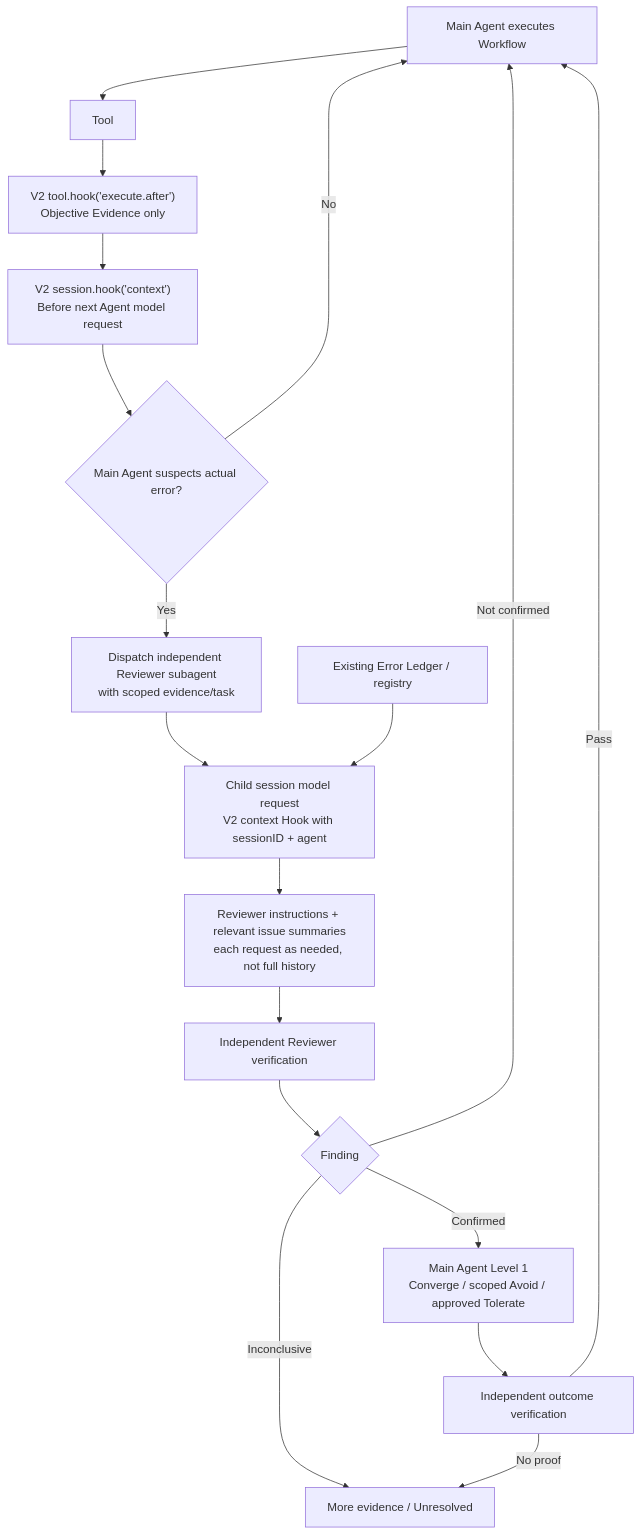
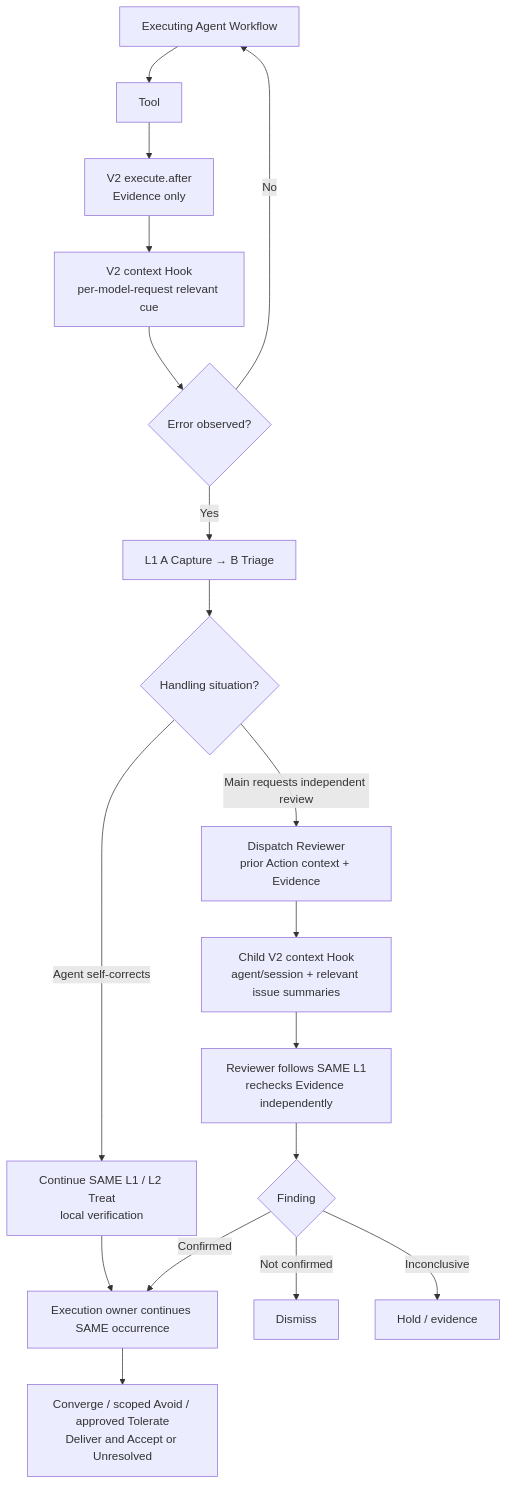
One commit to dyphn1/Harness-everything changed the fourth of 4 diagrams in docs/discussions/error-hook-framework/hosts.md. Above: the diagram before and after it, drawn with Mermaid. The commit also changed other lines of this file, not shown here.

Commit message:
docs(hooks): align host diagrams with self-correction and same-L1 reviewer context handoff (#439)

````diff
--- a/docs/discussions/error-hook-framework/hosts.md
+++ b/docs/discussions/error-hook-framework/hosts.md
@@ -110,20 +116,20 @@
 ```mermaid
 flowchart TD
-    M["Main Agent executes Workflow"] --> T["Tool"]
-    T --> E["V2 tool.hook('execute.after')<br/>Objective Evidence only"]
-    E --> Q["V2 session.hook('context')<br/>Before next Agent model request"]
-    Q --> S{"Main Agent suspects actual error?"}
-    S -->|No| M
-    S -->|Yes| R["Dispatch independent Reviewer subagent<br/>with scoped evidence/task"]
-    R --> C["Child session model request<br/>V2 context Hook with sessionID + agent"]
-    L["Existing Error Ledger / registry"] --> C
-    C --> P["Reviewer instructions + relevant issue summaries<br/>each request as needed, not full history"]
-    P --> V["Independent Reviewer verification"]
-    V --> F{"Finding"}
-    F -->|Not confirmed| M
-    F -->|Inconclusive| U["More evidence / Unresolved"]
-    F -->|Confirmed| H["Main Agent Level 1<br/>Converge / scoped Avoid / approved Tolerate"]
-    H --> O["Independent outcome verification"]
-    O -->|Pass| M
-    O -->|No proof| U
+  X["Executing Agent Workflow"] --> TOOL["Tool"]
+  TOOL --> EV["V2 execute.after<br/>Evidence only"]
+  EV --> C["V2 context Hook<br/>per-model-request relevant cue"]
+  C --> SUS{"Error observed?"}
+  SUS -->|No| X
+  SUS -->|Yes| AB["L1 A Capture → B Triage"]
+  AB --> CHOICE{"Handling situation?"}
+  CHOICE -->|Agent self-corrects| SELF["Continue SAME L1 / L2 Treat<br/>local verification"]
+  CHOICE -->|Main requests independent review| DIS["Dispatch Reviewer<br/>prior Action context + Evidence"]
+  DIS --> CTX["Child V2 context Hook<br/>agent/session + relevant issue summaries"]
+  CTX --> RV["Reviewer follows SAME L1<br/>rechecks Evidence independently"]
+  RV --> FIND{"Finding"}
+  FIND -->|Confirmed| RESP["Execution owner continues SAME occurrence"]
+  FIND -->|Not confirmed| NONE["Dismiss"]
+  FIND -->|Inconclusive| HOLD["Hold / evidence"]
+  SELF --> RESP
+  RESP --> FIN["Converge / scoped Avoid / approved Tolerate<br/>Deliver and Accept or Unresolved"]
 ```
````
